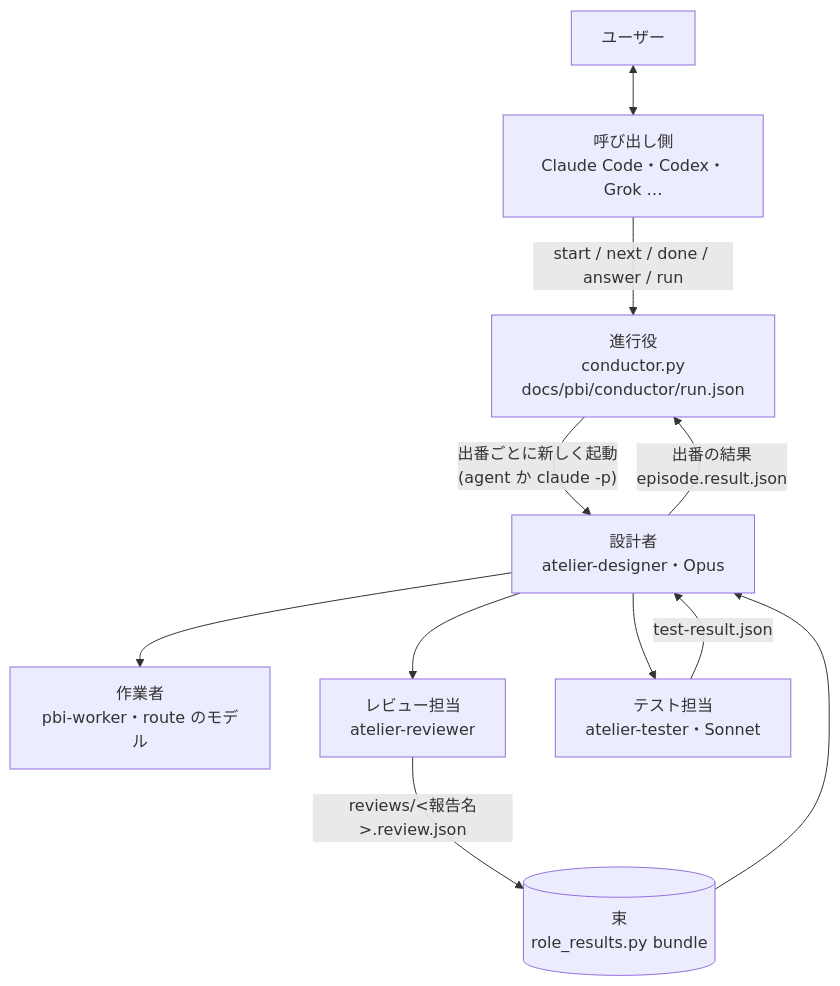
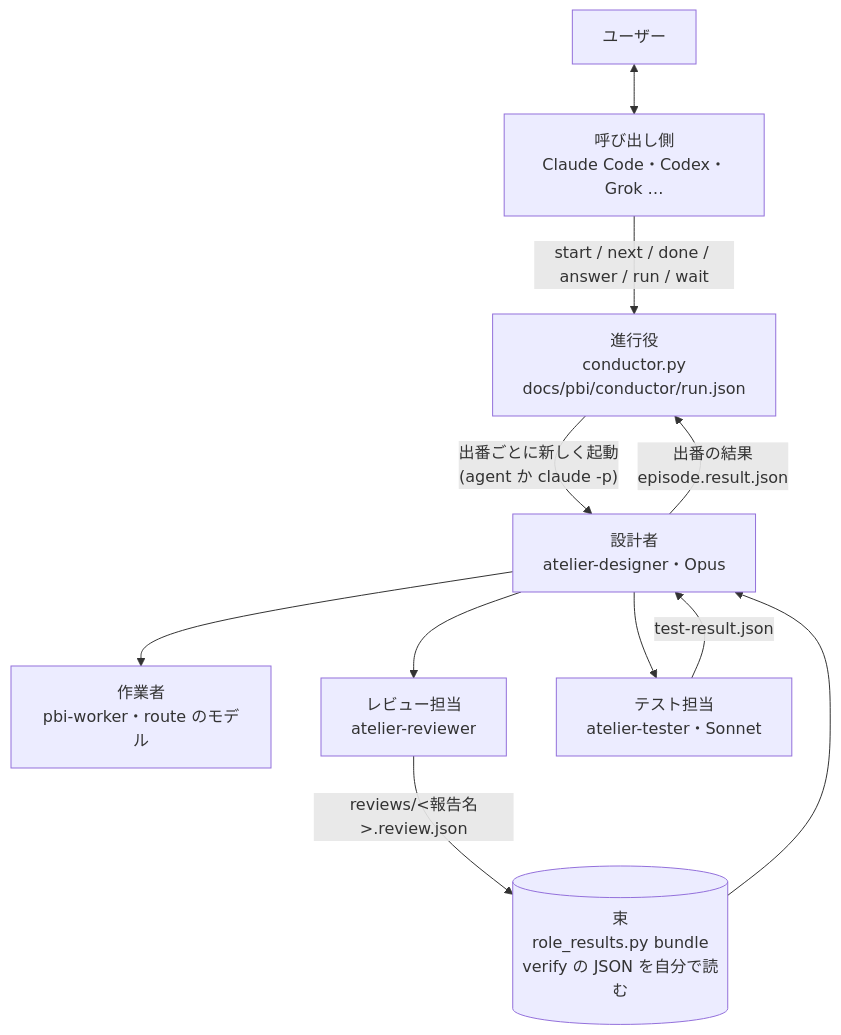
Before and after one commit to reeschan/atelier: the diagram in docs/specs/atelier-v6.md, drawn with Mermaid. The commit also changed other lines of this file and 57 other files, not shown here.

````diff
--- a/docs/specs/atelier-v6.md
+++ b/docs/specs/atelier-v6.md
@@ -16,13 +18,13 @@
 ```mermaid
 flowchart TD
   U[ユーザー] <--> C[呼び出し側<br/>Claude Code・Codex・Grok …]
-  C -- "start / next / done / answer / run" --> K[進行役<br/>conductor.py<br/>docs/pbi/conductor/run.json]
+  C -- "start / next / done / answer / run / wait" --> K[進行役<br/>conductor.py<br/>docs/pbi/conductor/run.json]
   K -- "出番ごとに新しく起動<br/>(agent か claude -p)" --> D[設計者<br/>atelier-designer・Opus]
   D --> W[作業者<br/>pbi-worker・route のモデル]
   D --> R[レビュー担当<br/>atelier-reviewer]
   D --> T[テスト担当<br/>atelier-tester・Sonnet]
-  R -- "reviews/&lt;報告名&gt;.review.json" --> B[(束<br/>role_results.py bundle)]
+  R -- "reviews/&lt;報告名&gt;.review.json" --> B[(束<br/>role_results.py bundle<br/>verify の JSON を自分で読む)]
   B --> D
   T -- "test-result.json" --> D
   D -- "出番の結果<br/>episode.result.json" --> K
 ```
````
